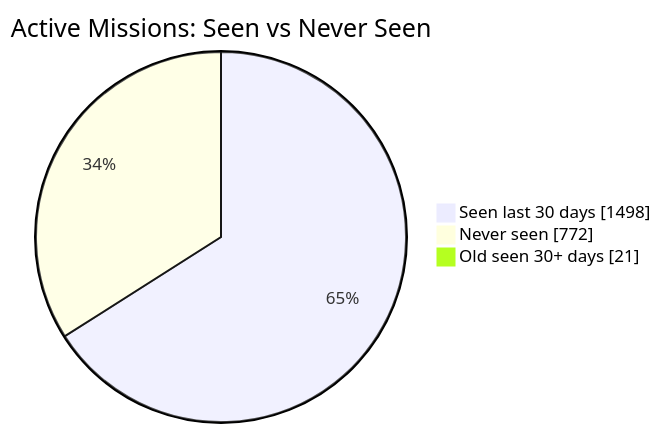
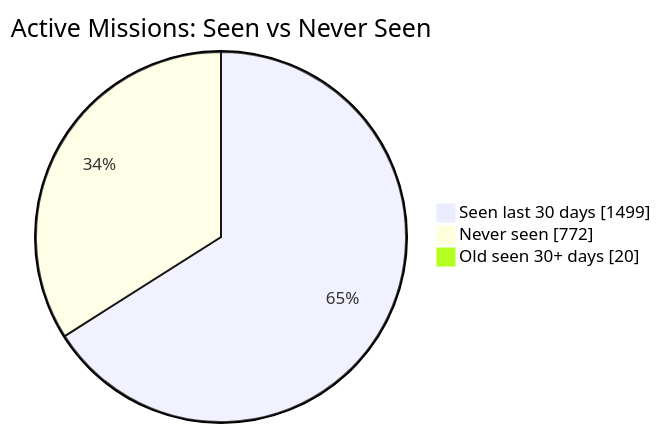
The first of 2 diagrams in README.md (MeldkamerspelGameTeam/active-missions), drawn with Mermaid before and after one commit. The commit also changed other lines of this file and 3 other files, not shown here.

````diff
--- a/README.md
+++ b/README.md
@@ -34,7 +34,7 @@
 ```mermaid
 pie showData
     title Active Missions: Seen vs Never Seen
-    "Seen last 30 days" : 1498
+    "Seen last 30 days" : 1499
     "Never seen" : 772
-    "Old seen 30+ days" : 21
+    "Old seen 30+ days" : 20
 ```
````
